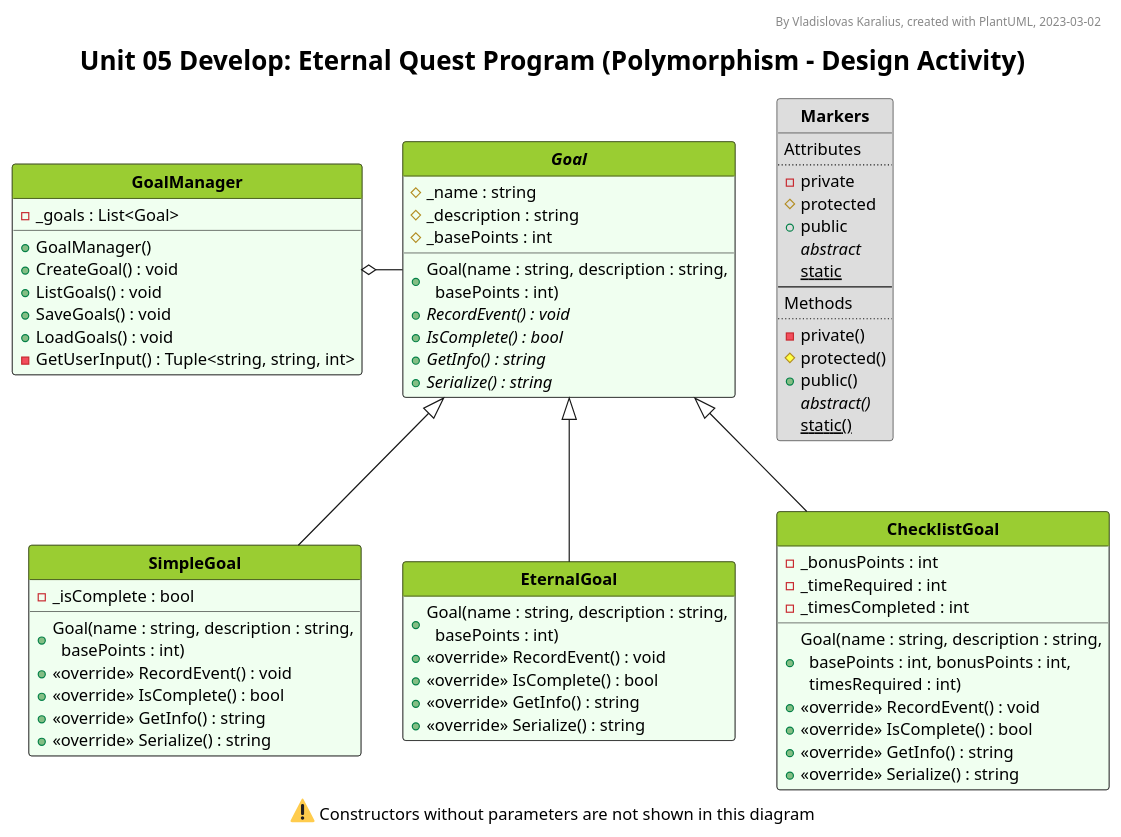
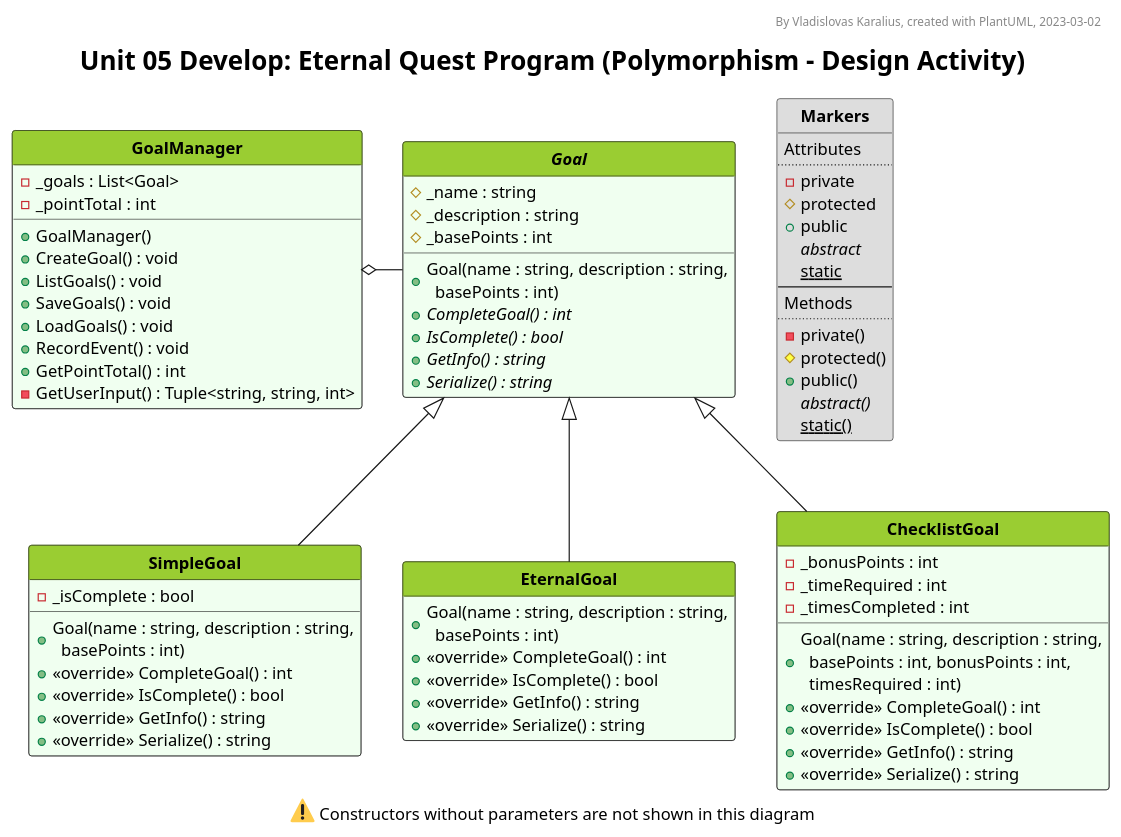
The diagram in prove/Develop05/UML_diagram.pu (VladKaralius/cse210-projects), drawn with PlantUML before and after one commit. The commit also changed 7 other files, not shown here.

```diff
--- a/prove/Develop05/UML_diagram.pu
+++ b/prove/Develop05/UML_diagram.pu
@@ -69,11 +69,14 @@
 '--Main--
 class GoalManager{
   - _goals : List<Goal>
+  - _pointTotal : int
   + GoalManager()
   + CreateGoal() : void
   + ListGoals() : void
   + SaveGoals() : void
   + LoadGoals() : void
+  + RecordEvent() : void
+  + GetPointTotal() : int
   - GetUserInput() : Tuple<string, string, int>
 
 }
@@ -85,7 +88,7 @@
   # _description : string
   # _basePoints : int
   + Goal(name : string, description : string,\n  basePoints : int)
-  + {abstract} RecordEvent() : void
+  + {abstract} CompleteGoal() : int
   + {abstract} IsComplete() : bool
   + {abstract} GetInfo() : string
   + {abstract} Serialize() : string
@@ -94,7 +97,7 @@
 class SimpleGoal extends Goal {
   - _isComplete : bool
   + Goal(name : string, description : string,\n  basePoints : int)
-  + <<override>> RecordEvent() : void
+  + <<override>> CompleteGoal() : int
   + <<override>> IsComplete() : bool
   + <<override>> GetInfo() : string
   + <<override>> Serialize() : string
@@ -102,7 +105,7 @@
 
 class EternalGoal extends Goal {
   + Goal(name : string, description : string,\n  basePoints : int)
-  + <<override>> RecordEvent() : void
+  + <<override>> CompleteGoal() : int
   + <<override>> IsComplete() : bool
   + <<override>> GetInfo() : string
   + <<override>> Serialize() : string
@@ -113,7 +116,7 @@
   - _timeRequired : int
   - _timesCompleted : int
   + Goal(name : string, description : string,\n  basePoints : int, bonusPoints : int,\n  timesRequired : int)
-  + <<override>> RecordEvent() : void
+  + <<override>> CompleteGoal() : int
   + <<override>> IsComplete() : bool
   + <<override>> GetInfo() : string
   + <<override>> Serialize() : string
```
